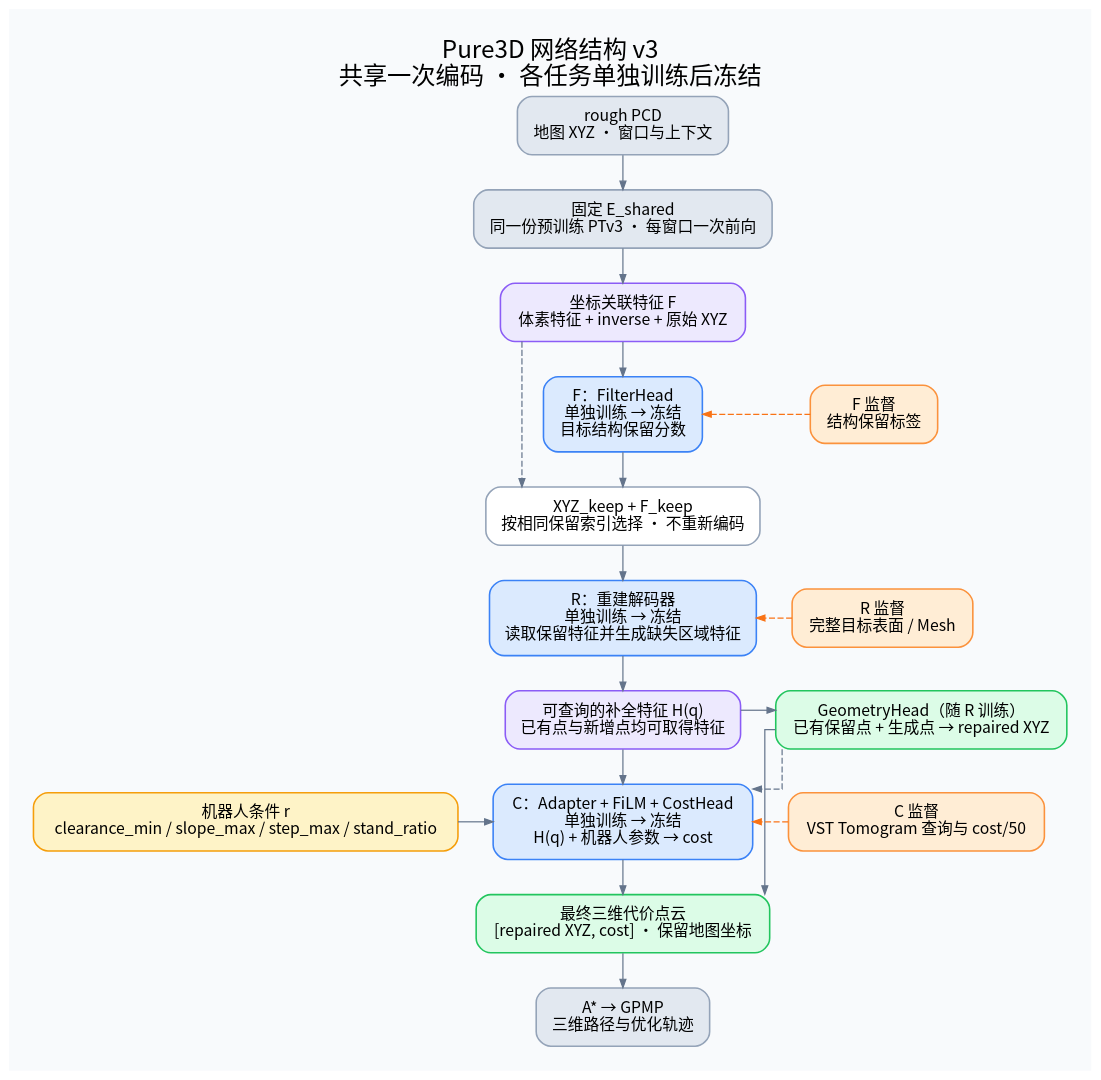
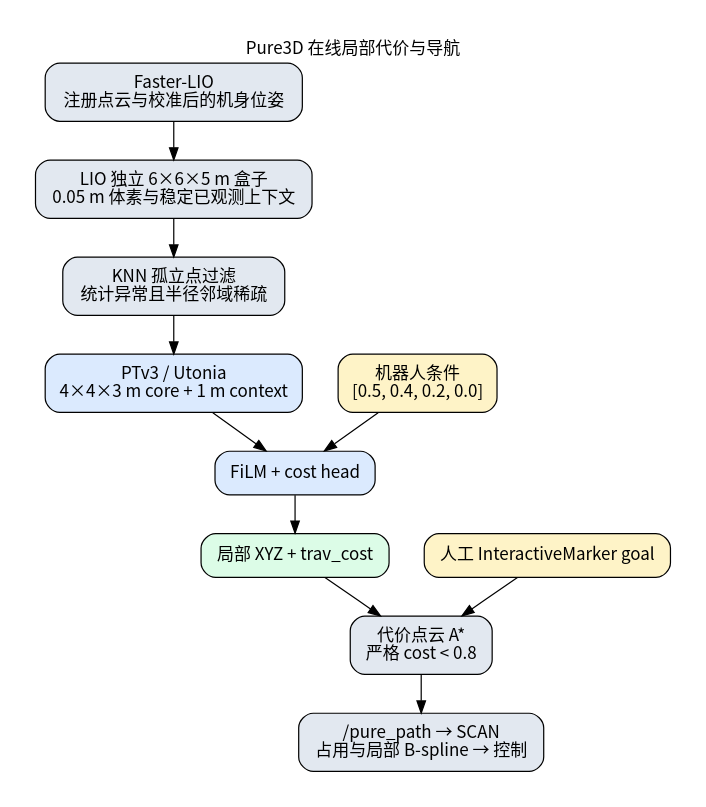
The diagram in docs/figures/network_architecture.dot (CJJJ0416/Pure3d-planner), drawn with Graphviz before and after one commit. The commit also changed 1534 other files, not shown here.

First line of the commit message:
Remove Recon and publish production cost navigation sources

```diff
--- a/docs/figures/network_architecture.dot
+++ b/docs/figures/network_architecture.dot
@@ -1,36 +1,25 @@
 digraph Pure3D {
-  graph [rankdir=TB, splines=ortho, bgcolor="#f8fafc", pad=0.28, nodesep=0.4, ranksep=0.4,
-         fontname="Noto Sans CJK SC", fontsize=20,
-         label="Pure3D 网络结构 v3\n共享一次编码 · 各任务单独训练后冻结", labelloc=t];
-  node [shape=box, style="rounded,filled", fontname="Noto Sans CJK SC", fontsize=13,
-        margin="0.20,0.14", color="#94a3b8", fillcolor="white", penwidth=1.3];
-  edge [fontname="Noto Sans CJK SC", fontsize=11, color="#64748b", arrowsize=0.7];
-  raw [label="rough PCD\n地图 XYZ · 窗口与上下文", fillcolor="#e2e8f0"];
-  encoder [label="固定 E_shared\n同一份预训练 PTv3 · 每窗口一次前向", fillcolor="#e2e8f0"];
-  feature [label="坐标关联特征 F\n体素特征 + inverse + 原始 XYZ", fillcolor="#ede9fe", color="#8b5cf6"];
-  filter [label="F：FilterHead\n单独训练 → 冻结\n目标结构保留分数", fillcolor="#dbeafe", color="#3b82f6"];
-  selected [label="XYZ_keep + F_keep\n按相同保留索引选择 · 不重新编码"];
-  recon [label="R：重建解码器\n单独训练 → 冻结\n读取保留特征并生成缺失区域特征", fillcolor="#dbeafe", color="#3b82f6"];
-  latent [label="可查询的补全特征 H(q)\n已有点与新增点均可取得特征", fillcolor="#ede9fe", color="#8b5cf6"];
-  geometry [label="GeometryHead（随 R 训练）\n已有保留点 + 生成点 → repaired XYZ", fillcolor="#dcfce7", color="#22c55e"];
-  cost [label="C：Adapter + FiLM + CostHead\n单独训练 → 冻结\nH(q) + 机器人参数 → cost", fillcolor="#dbeafe", color="#3b82f6"];
-  robot [label="机器人条件 r\nclearance_min / slope_max / step_max / stand_ratio", fillcolor="#fef3c7", color="#f59e0b"];
-  cloud [label="最终三维代价点云\n[repaired XYZ, cost] · 保留地图坐标", fillcolor="#dcfce7", color="#22c55e"];
-  planner [label="A* → GPMP\n三维路径与优化轨迹", fillcolor="#e2e8f0"];
-  gtfilter [label="F 监督\n结构保留标签", fillcolor="#ffedd5", color="#fb923c"];
-  gtrecon [label="R 监督\n完整目标表面 / Mesh", fillcolor="#ffedd5", color="#fb923c"];
-  gtcost [label="C 监督\nVST Tomogram 查询与 cost/50", fillcolor="#ffedd5", color="#fb923c"];
-  raw -> encoder -> feature -> filter -> selected -> recon -> latent -> cost -> cloud -> planner [weight=100];
-  feature -> selected [style=dashed, constraint=false];
-  latent -> geometry;
-  geometry -> cost [style=dashed];
-  geometry -> cloud;
+  graph [rankdir=TB, bgcolor="white", pad=0.3, nodesep=0.4, ranksep=0.45, fontname="Noto Sans CJK SC", label="Pure3D 在线局部代价与导航", labelloc=t];
+  node [shape=box, style="rounded,filled", fontname="Noto Sans CJK SC", fillcolor="#e2e8f0", margin="0.18,0.12"];
+  edge [fontname="Noto Sans CJK SC"];
+  lio [label="Faster-LIO
+注册点云与校准后的机身位姿"];
+  context [label="LIO 独立 6×6×5 m 盒子
+0.05 m 体素与稳定已观测上下文"];
+  knn [label="KNN 孤立点过滤
+统计异常且半径邻域稀疏"];
+  encoder [label="PTv3 / Utonia
+4×4×3 m core + 1 m context", fillcolor="#dbeafe"];
+  cost [label="FiLM + cost head", fillcolor="#dbeafe"];
+  robot [label="机器人条件
+[0.5, 0.4, 0.2, 0.0]", fillcolor="#fef3c7"];
+  cloud [label="局部 XYZ + trav_cost", fillcolor="#dcfce7"];
+  goal [label="人工 InteractiveMarker goal", fillcolor="#fef3c7"];
+  astar [label="代价点云 A*
+严格 cost < 0.8"];
+  scan [label="/pure_path → SCAN
+占用与局部 B-spline → 控制"];
+  lio -> context -> knn -> encoder -> cost -> cloud -> astar -> scan;
   robot -> cost;
-  gtfilter -> filter [style=dashed, color="#f97316", constraint=false];
-  gtrecon -> recon [style=dashed, color="#f97316", constraint=false];
-  gtcost -> cost [style=dashed, color="#f97316", constraint=false];
-  {rank=same; filter; gtfilter;}
-  {rank=same; recon; gtrecon;}
-  {rank=same; latent; geometry;}
-  {rank=same; cost; robot; gtcost;}
+  goal -> astar;
 }
```
